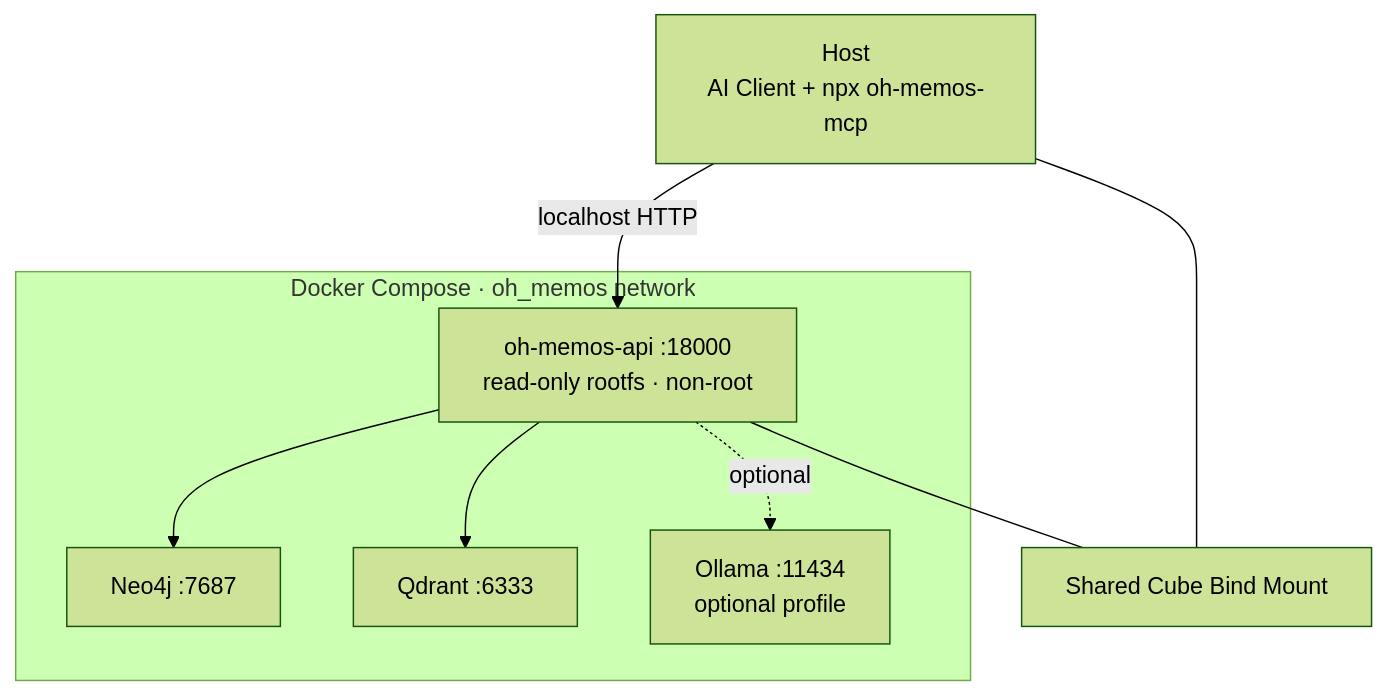
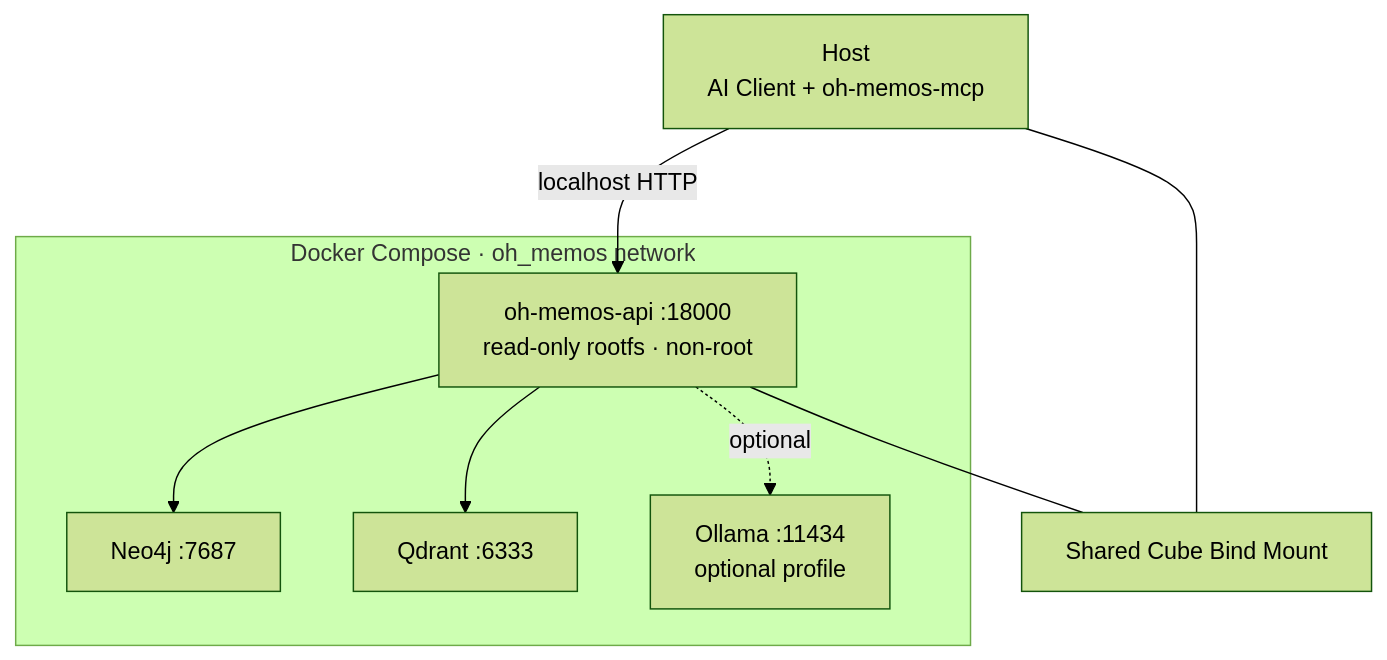
The fifth of 5 diagrams in ARCHITECTURE.md (1466109846/oh-memos), drawn with Mermaid (forest theme) before and after one commit. The commit also changed 8 other files, not shown here.

````diff
--- a/ARCHITECTURE.md
+++ b/ARCHITECTURE.md
@@ -175,18 +175,18 @@
 ```mermaid
 flowchart TB
-    HOST["Host<br/>AI Client + npx oh-memos-mcp"]
+    HOST["Host<br/>AI Client + oh-memos-mcp"]
     BIND["Shared Cube Bind Mount"]
     subgraph COMPOSE["Docker Compose · oh_memos network"]
       API["oh-memos-api :18000<br/>read-only rootfs · non-root"]
       NEO["Neo4j :7687"]
       QD["Qdrant :6333"]
       OL["Ollama :11434<br/>optional profile"]
     end
 
     HOST -->|"localhost HTTP"| API
     HOST --- BIND
     API --- BIND
     API --> NEO
     API --> QD
     API -. "optional" .-> OL
 ```
````
